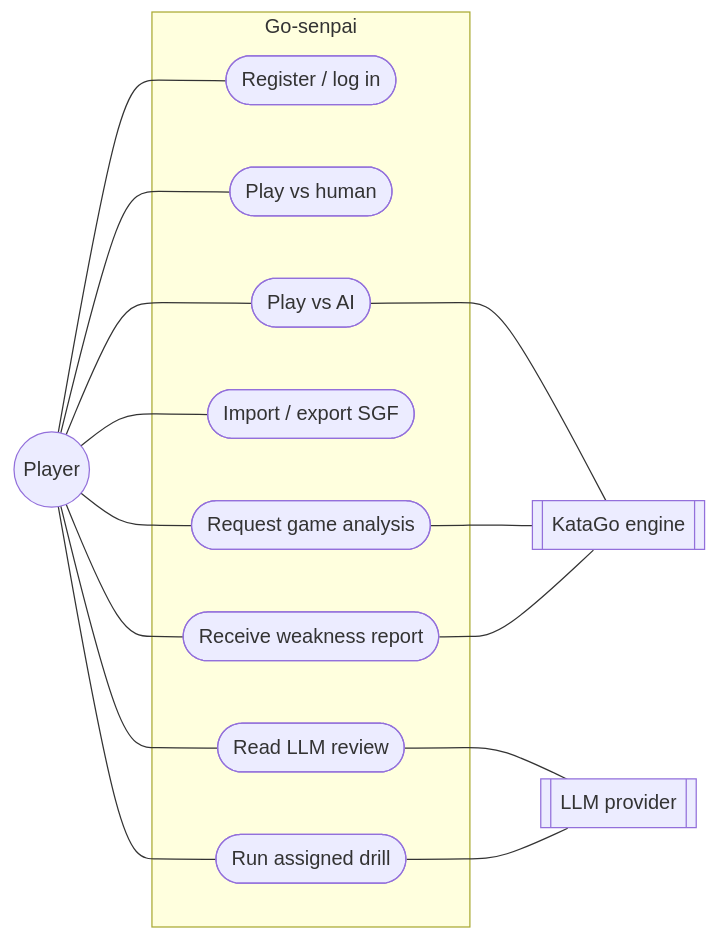
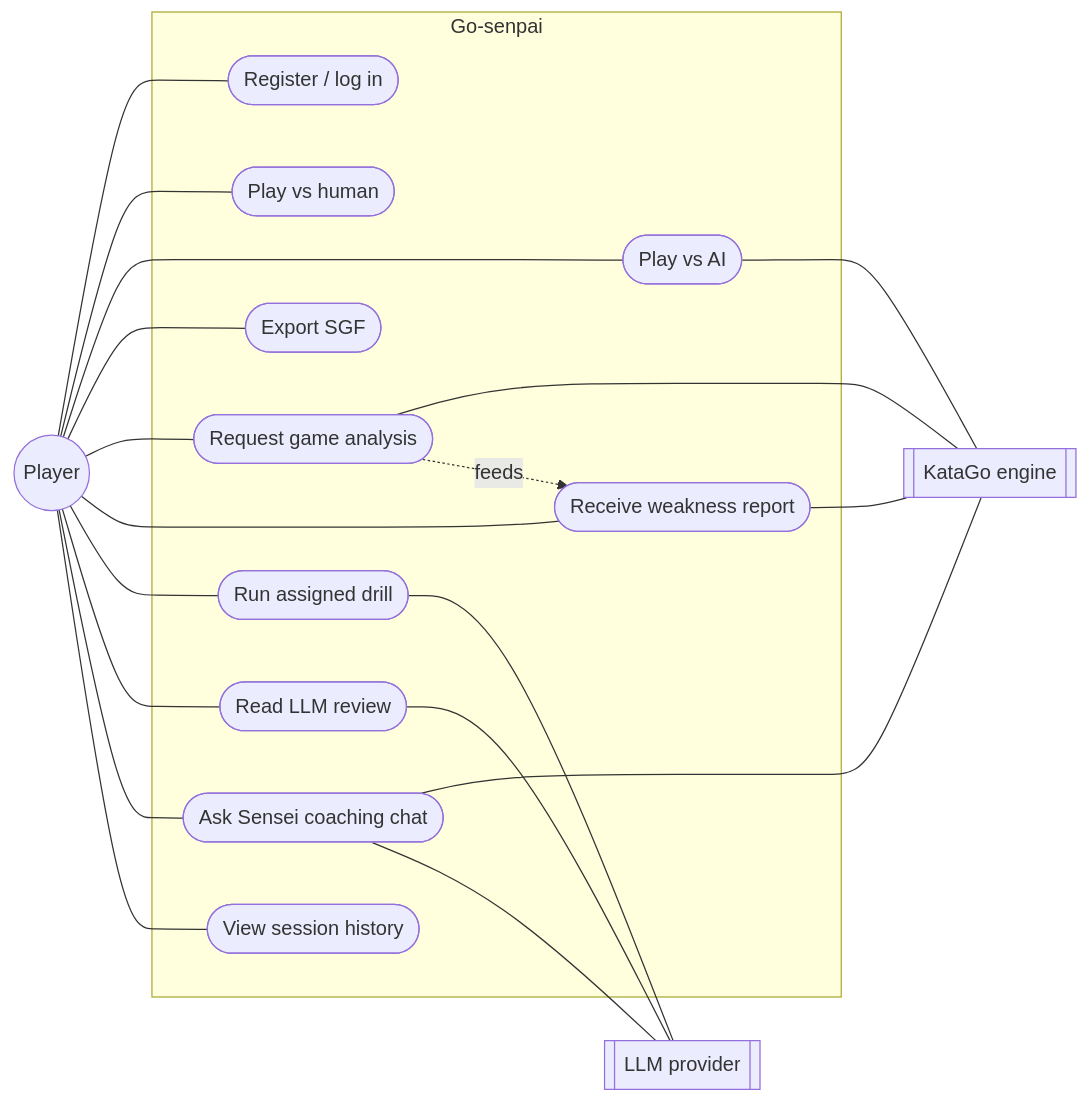
The first of 3 diagrams in README.md (MacchiatoCreamCheese/Go-senpai), drawn with Mermaid before and after one commit. The commit also changed other lines of this file, not shown here.

````diff
--- a/README.md
+++ b/README.md
@@ -35,32 +41,39 @@
 ```mermaid
 flowchart LR
     player(( Player ))
     katago[[ KataGo engine ]]
     llm[[ LLM provider ]]
 
     subgraph Go-senpai
         uc1([ Register / log in ])
         uc2([ Play vs human ])
         uc3([ Play vs AI ])
-        uc4([ Import / export SGF ])
+        uc4([ Export SGF ])
         uc5([ Request game analysis ])
         uc6([ Receive weakness report ])
         uc7([ Run assigned drill ])
         uc8([ Read LLM review ])
+        uc9([ Ask Sensei coaching chat ])
+        uc10([ View session history ])
     end
 
     player --- uc1
     player --- uc2
     player --- uc3
     player --- uc4
     player --- uc5
     player --- uc6
     player --- uc7
     player --- uc8
+    player --- uc9
+    player --- uc10
 
     uc3 --- katago
     uc5 --- katago
     uc6 --- katago
+    uc9 --- katago
     uc8 --- llm
     uc7 --- llm
+    uc9 --- llm
+    uc5 -.feeds.-> uc6
 ```
````
